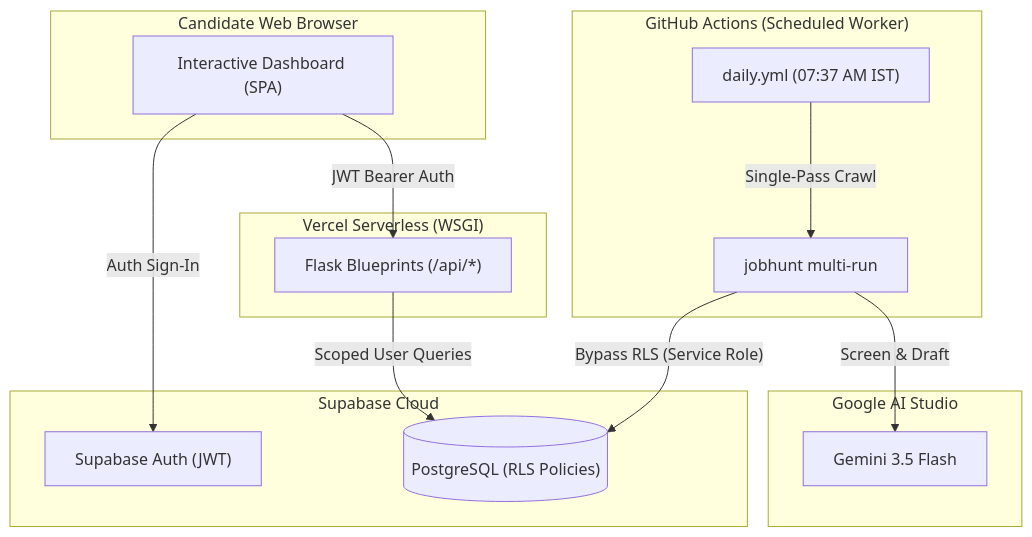
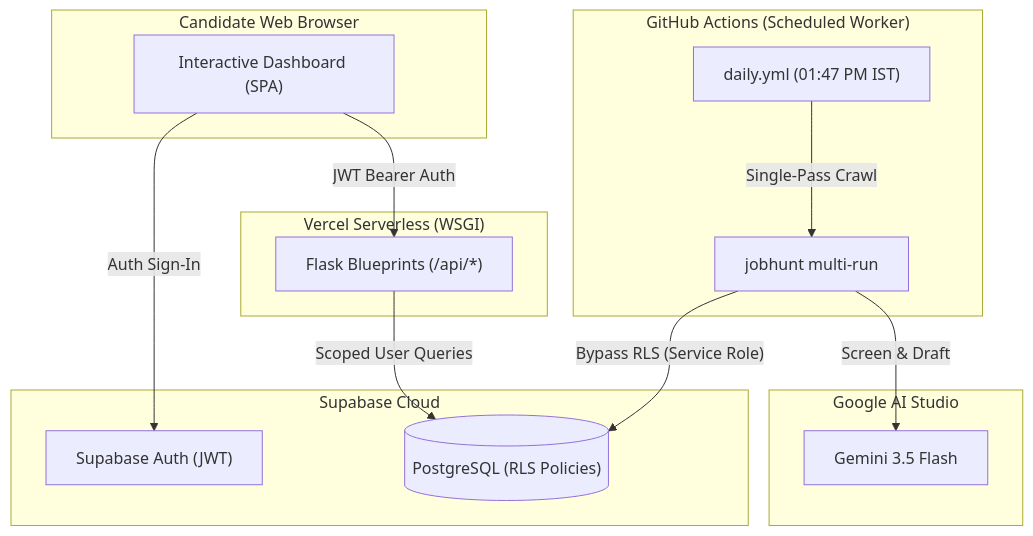
One commit to tanish-jain-225/job-hunter changed the second of 2 diagrams in README.md. Above: the diagram before and after it, drawn with Mermaid. The commit also changed other lines of this file and 19 other files, not shown here.

````diff
--- a/README.md
+++ b/README.md
@@ -508,31 +508,31 @@
 ```mermaid
 flowchart TD
     subgraph Client["Candidate Web Browser"]
         UI["Interactive Dashboard (SPA)"]
     end
 
     subgraph Vercel["Vercel Serverless (WSGI)"]
         API["Flask Blueprints (/api/*)"]
     end
 
     subgraph Supabase["Supabase Cloud"]
         AUTH["Supabase Auth (JWT)"]
         DB[("PostgreSQL (RLS Policies)")]
     end
 
     subgraph GHA["GitHub Actions (Scheduled Worker)"]
-        CRON["daily.yml (07:37 AM IST)"]
+        CRON["daily.yml (01:47 PM IST)"]
         MULTI["jobhunt multi-run"]
     end
 
     subgraph AI["Google AI Studio"]
         GEMINI["Gemini 3.5 Flash"]
     end
 
     UI -->|"JWT Bearer Auth"| API
     UI -->|"Auth Sign-In"| AUTH
     API -->|"Scoped User Queries"| DB
     CRON -->|"Single-Pass Crawl"| MULTI
     MULTI -->|"Bypass RLS (Service Role)"| DB
     MULTI -->|"Screen & Draft"| GEMINI
 ```
````
